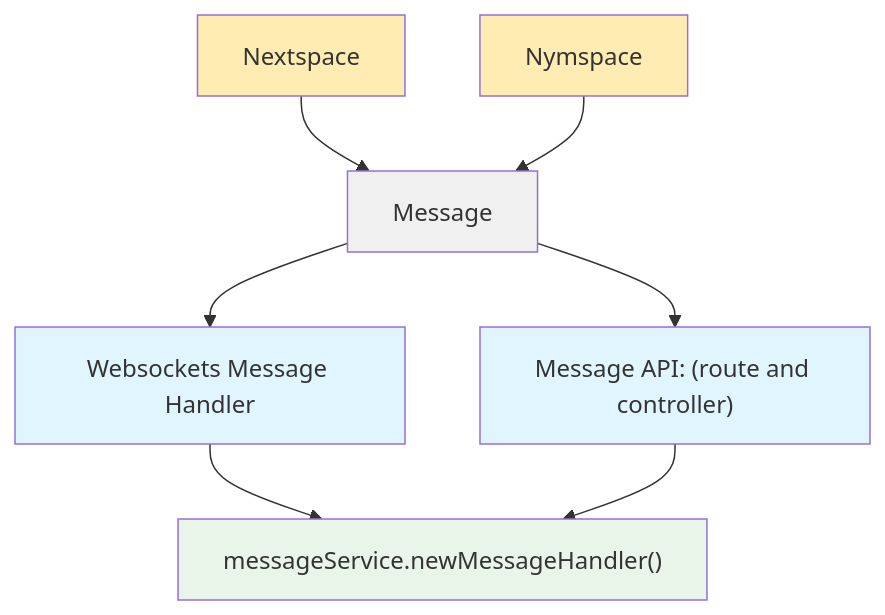
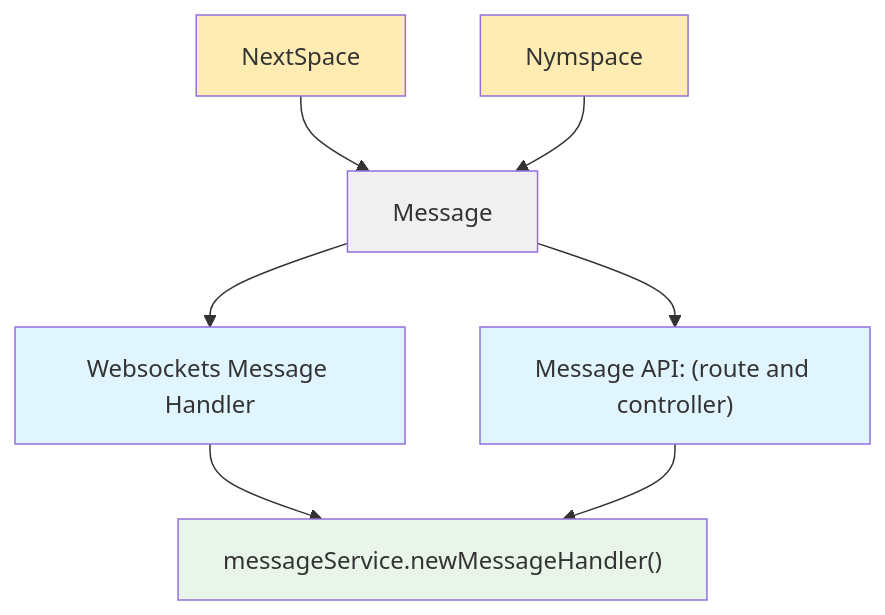
One commit to berkmancenter/llm_engine changed the diagram in docs/pages/developers/diagrams/receive_message_from_nextspace_or_nymspace.md. Above: the diagram before and after it, drawn with Mermaid. The commit also changed 28 other files, not shown here.

Commit message:
fix: correct NextSpace product name capitalization throughout

````diff
--- a/docs/pages/developers/diagrams/receive_message_from_nextspace_or_nymspace.md
+++ b/docs/pages/developers/diagrams/receive_message_from_nextspace_or_nymspace.md
@@ -1,17 +1,17 @@
 ```mermaid
 graph TD
-    N[Nextspace] --> M[Message]
+    N[NextSpace] --> M[Message]
     NY[Nymspace] --> M
     M --> C[Websockets Message Handler]
     M --> D["Message API: (route and controller)"]
 
     C --> K["messageService.newMessageHandler()"]
     D --> K
 
     style N fill:#ffecb3
     style NY fill:#ffecb3
     style M fill:#f0f0f0
     style C fill:#e1f5fe
     style D fill:#e1f5fe
     style K fill:#e8f5e8
 ```
````
